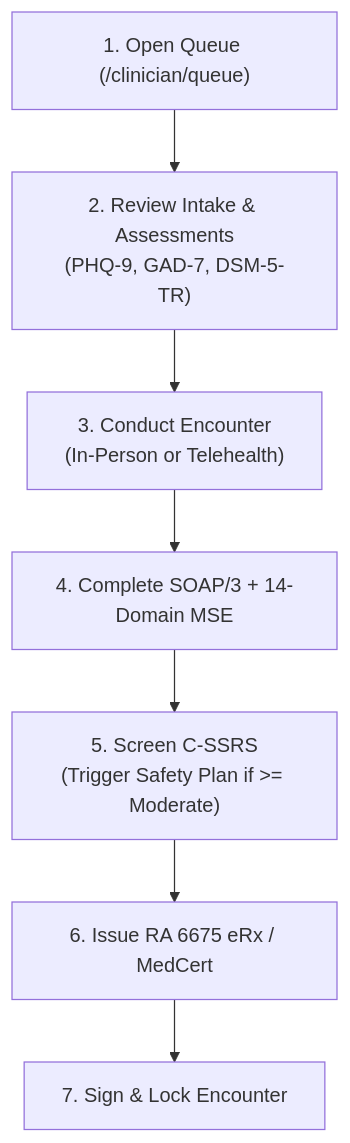
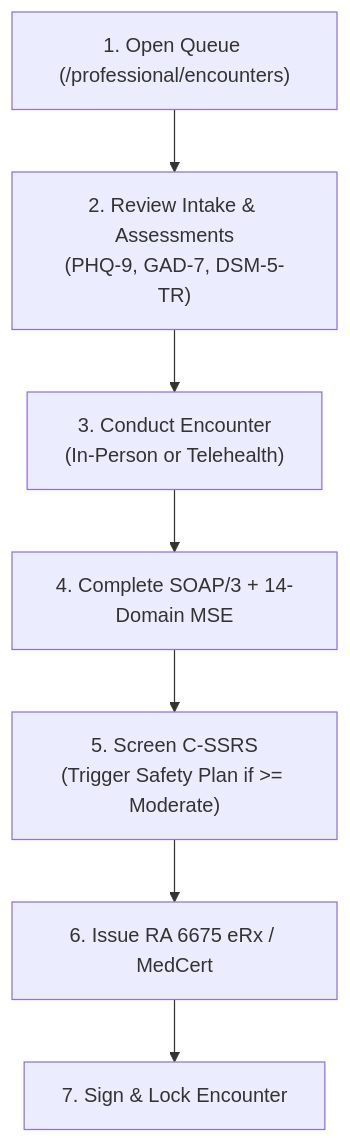
The diagram in personas/03-psychiatrist-and-prescriber.md (mykelu/mh-clinic-docs), drawn with Mermaid before and after one commit. The commit also changed other lines of this file and 31 other files, not shown here.

````diff
--- a/personas/03-psychiatrist-and-prescriber.md
+++ b/personas/03-psychiatrist-and-prescriber.md
@@ -22,9 +22,9 @@
 ```mermaid
 flowchart TD
-    A["1. Open Queue (/clinician/queue)"] --> B["2. Review Intake & Assessments<br/>(PHQ-9, GAD-7, DSM-5-TR)"]
+    A["1. Open Queue (/professional/encounters)"] --> B["2. Review Intake & Assessments<br/>(PHQ-9, GAD-7, DSM-5-TR)"]
     B --> C["3. Conduct Encounter<br/>(In-Person or Telehealth)"]
     C --> D["4. Complete SOAP/3 + 14-Domain MSE"]
     D --> E["5. Screen C-SSRS<br/>(Trigger Safety Plan if >= Moderate)"]
     E --> F["6. Issue RA 6675 eRx / MedCert"]
     F --> G["7. Sign & Lock Encounter"]
 ```
````
